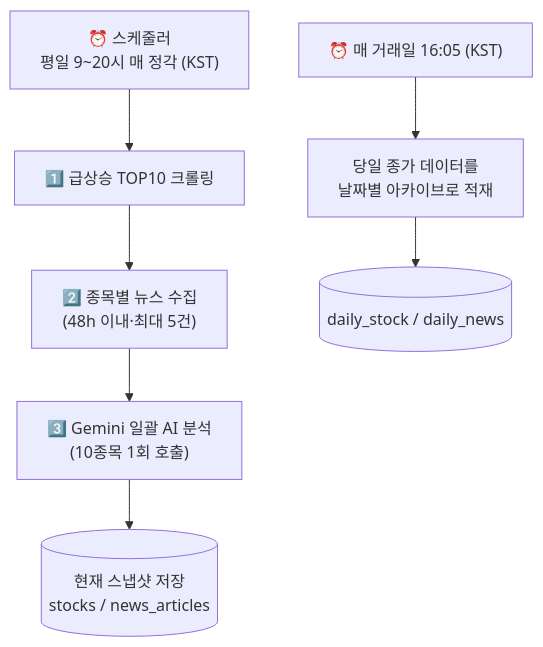
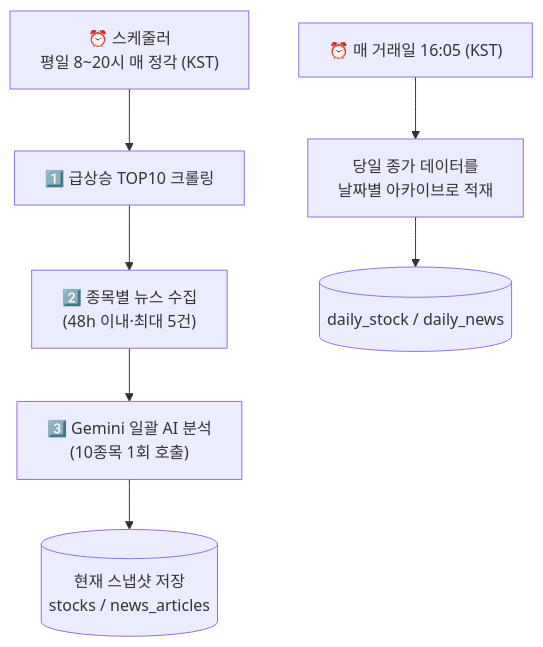
The second of 3 diagrams in README.md (zizonpubao/AI_stock_news), drawn with Mermaid before and after one commit. The commit also changed other lines of this file and 9 other files, not shown here.

````diff
--- a/README.md
+++ b/README.md
@@ -178,10 +180,10 @@
 ```mermaid
 flowchart TD
-    S["⏰ 스케줄러<br/>평일 9~20시 매 정각 (KST)"] --> C["1️⃣ 급상승 TOP10 크롤링"]
+    S["⏰ 스케줄러<br/>평일 8~20시 매 정각 (KST)"] --> C["1️⃣ 급상승 TOP10 크롤링"]
     C --> N["2️⃣ 종목별 뉴스 수집<br/>(48h 이내·최대 5건)"]
     N --> A["3️⃣ Gemini 일괄 AI 분석<br/>(10종목 1회 호출)"]
     A --> DB[("현재 스냅샷 저장<br/>stocks / news_articles")]
 
     S2["⏰ 매 거래일 16:05 (KST)"] --> AR["당일 종가 데이터를<br/>날짜별 아카이브로 적재"]
     AR --> DB2[("daily_stock / daily_news")]
 ```
````
